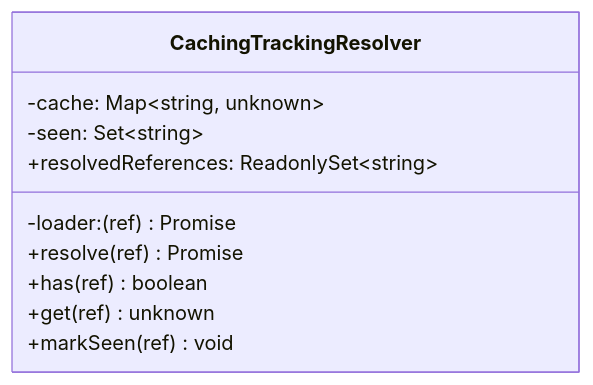
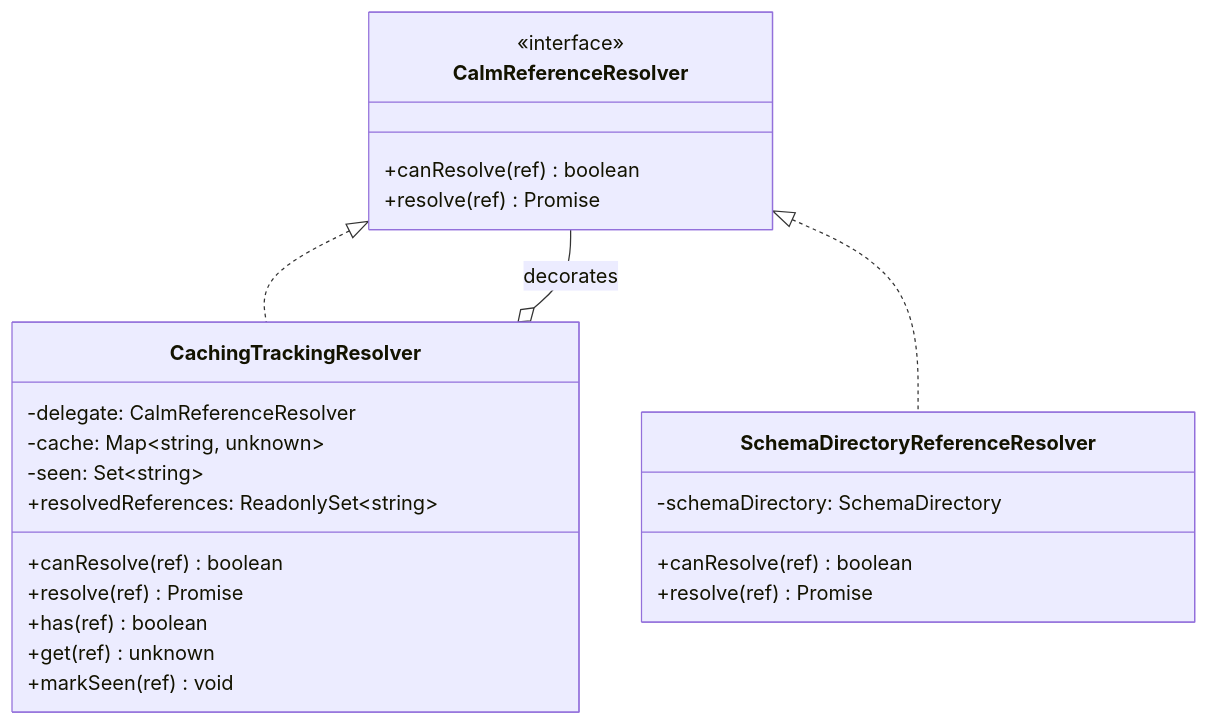
Before and after one commit to LeighFinegold/architecture-as-code: the third of 6 diagrams in shared/src/commands/validate/VALIDATION_DESIGN.md, drawn with Mermaid. The commit also changed other lines of this file and 12 other files, not shown here.

First line of the commit message:
refactor(shared): unify on CalmReferenceResolver and make ModelWalker resolver-driven

````diff
--- a/shared/src/commands/validate/VALIDATION_DESIGN.md
+++ b/shared/src/commands/validate/VALIDATION_DESIGN.md
@@ -202,13 +212,27 @@
 ```mermaid
 classDiagram
+    class CalmReferenceResolver {
+        <<interface>>
+        +canResolve(ref) boolean
+        +resolve(ref) Promise
+    }
     class CachingTrackingResolver {
-        -loader: (ref) Promise
+        -delegate: CalmReferenceResolver
         -cache: Map~string, unknown~
         -seen: Set~string~
+        +canResolve(ref) boolean
         +resolve(ref) Promise
         +has(ref) boolean
         +get(ref) unknown
         +markSeen(ref) void
         +resolvedReferences: ReadonlySet~string~
     }
+    class SchemaDirectoryReferenceResolver {
+        -schemaDirectory: SchemaDirectory
+        +canResolve(ref) boolean
+        +resolve(ref) Promise
+    }
+    CalmReferenceResolver <|.. CachingTrackingResolver
+    CalmReferenceResolver <|.. SchemaDirectoryReferenceResolver
+    CachingTrackingResolver o-- CalmReferenceResolver : decorates
 ```
````
